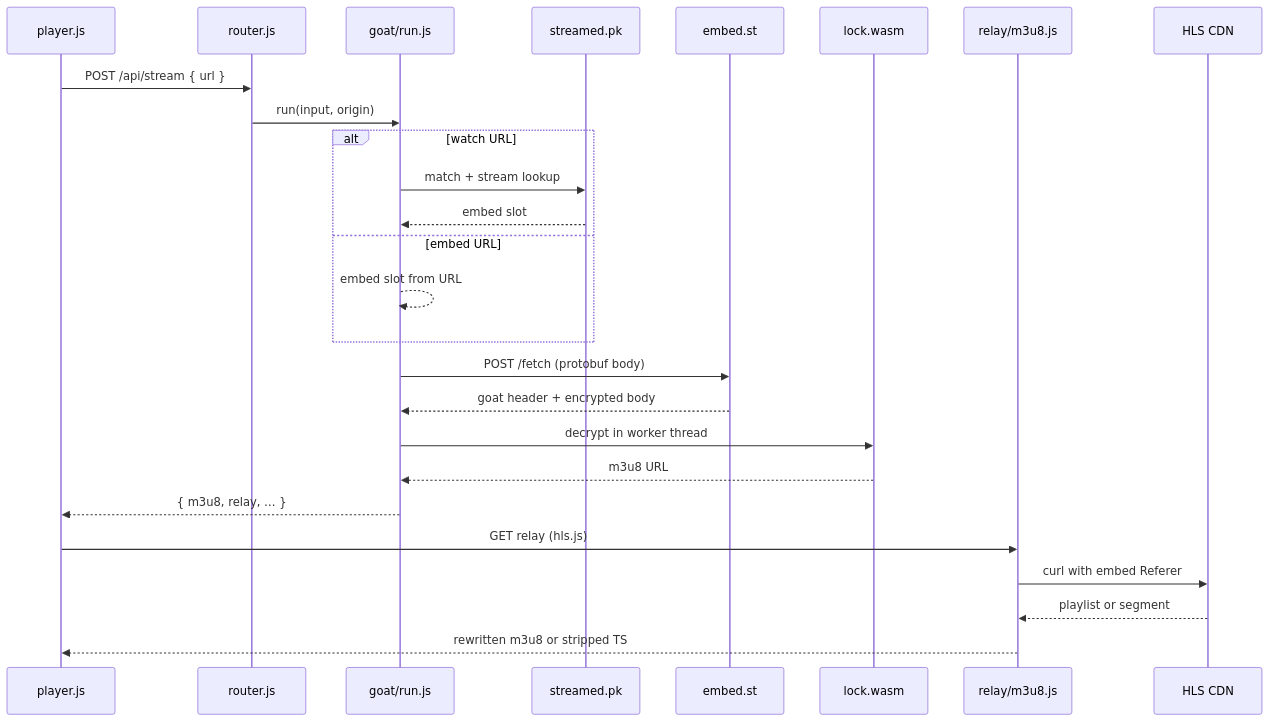
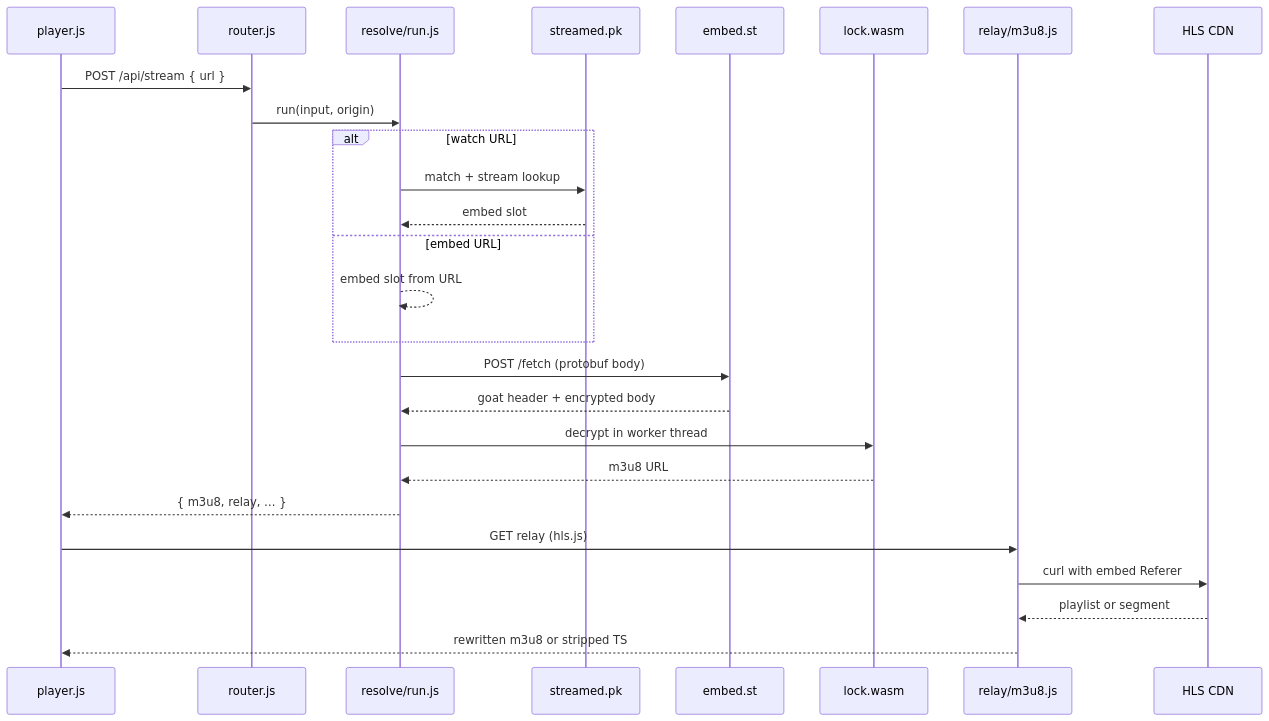
The diagram in README.md (fredfonter-source/streamed-pk-hls-stream-resolver), drawn with Mermaid before and after one commit. The commit also changed other lines of this file and 18 other files, not shown here.

````diff
--- a/README.md
+++ b/README.md
@@ -74,29 +74,29 @@
 ```mermaid
 sequenceDiagram
   participant UI as player.js
   participant Route as router.js
-  participant Run as goat/run.js
+  participant Run as resolve/run.js
   participant SPK as streamed.pk
   participant EST as embed.st
   participant WASM as lock.wasm
   participant Relay as relay/m3u8.js
   participant CDN as HLS CDN
 
   UI->>Route: POST /api/stream { url }
   Route->>Run: run(input, origin)
   alt watch URL
     Run->>SPK: match + stream lookup
     SPK-->>Run: embed slot
   else embed URL
     Run-->>Run: embed slot from URL
   end
   Run->>EST: POST /fetch (protobuf body)
   EST-->>Run: goat header + encrypted body
   Run->>WASM: decrypt in worker thread
   WASM-->>Run: m3u8 URL
   Run-->>UI: { m3u8, relay, … }
   UI->>Relay: GET relay (hls.js)
   Relay->>CDN: curl with embed Referer
   CDN-->>Relay: playlist or segment
   Relay-->>UI: rewritten m3u8 or stripped TS
 ```
````
